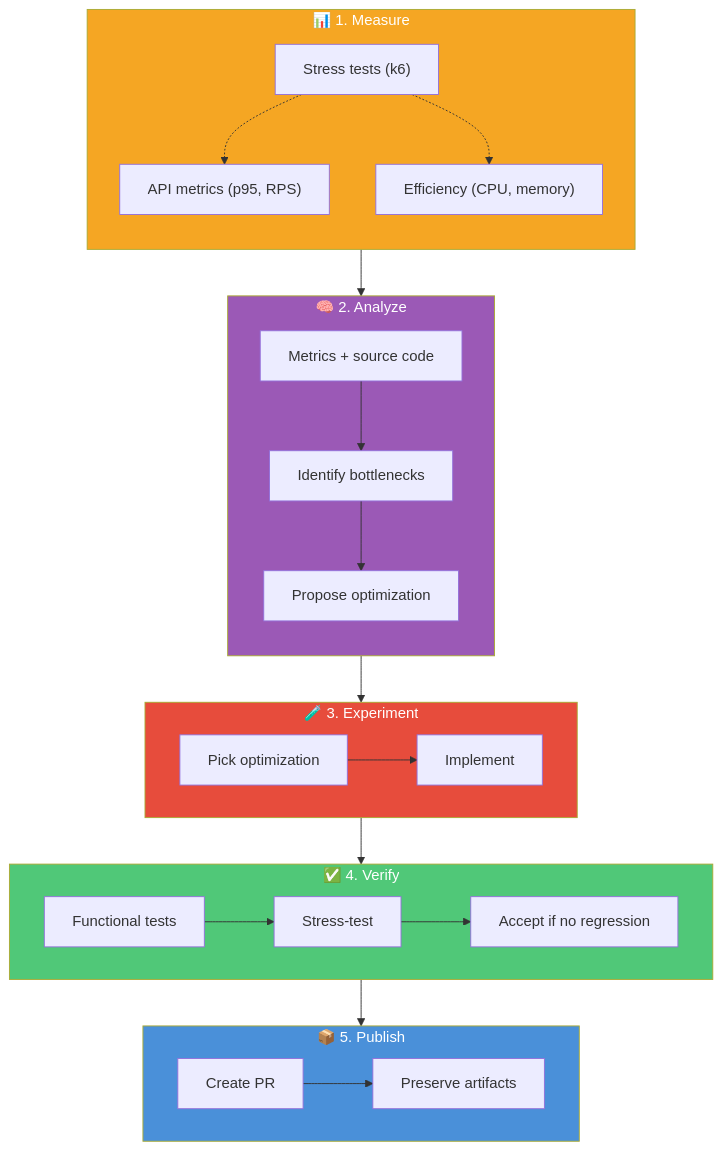
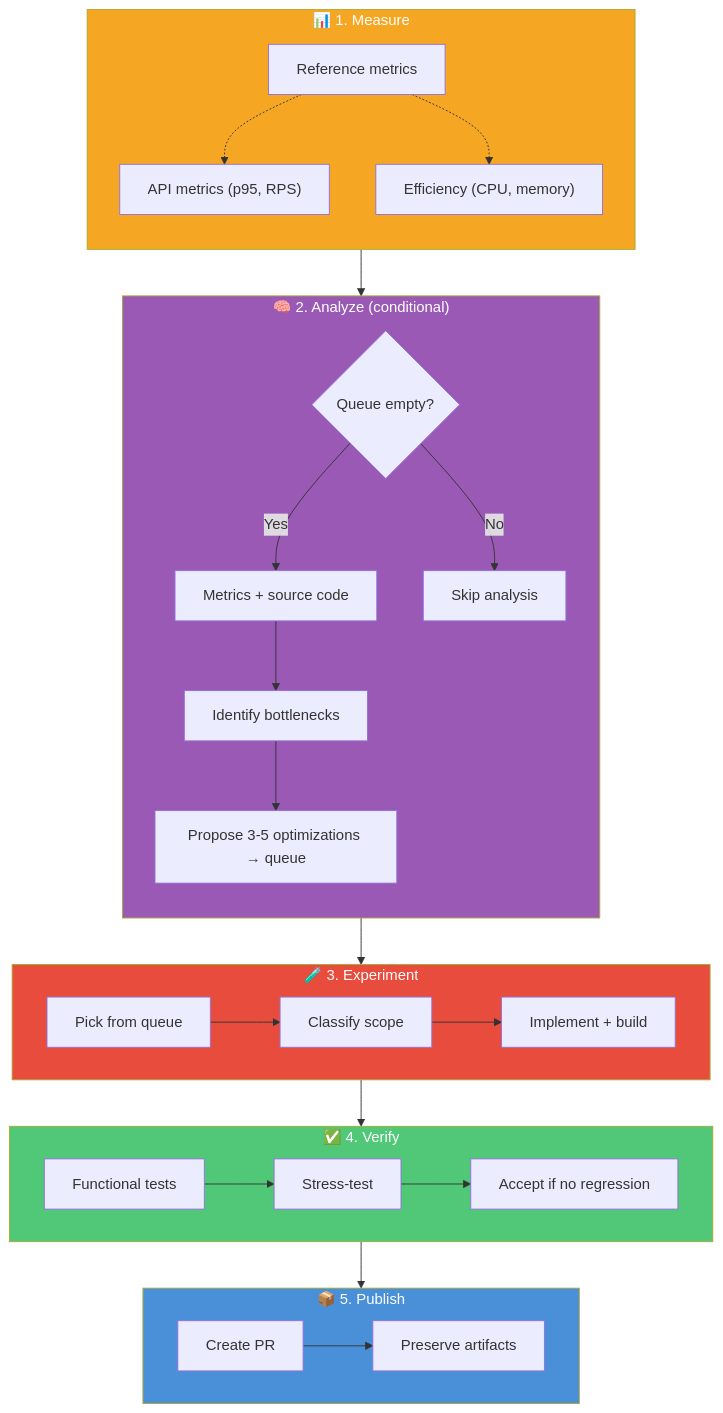
The first of 2 diagrams in docs/architecture.md (J-Bax/Hone), drawn with Mermaid before and after one commit. The commit also changed other lines of this file and 7 other files, not shown here.

First line of the commit message:
feat: queue-driven experiment loop  analysis only when queue is empty

````diff
--- a/docs/architecture.md
+++ b/docs/architecture.md
@@ -25,39 +25,41 @@
 ```mermaid
 flowchart TD
     subgraph MEASURE["📊 1. Measure"]
         direction TB
-        M1["Stress tests (k6)"]
+        M1["Reference metrics"]
         M1 -.-> M2["API metrics (p95, RPS)"]
         M1 -.-> M3["Efficiency (CPU, memory)"]
     end
 
-    subgraph ANALYZE["🧠 2. Analyze"]
+    subgraph ANALYZE["🧠 2. Analyze (conditional)"]
         direction TB
-        A1["Metrics + source code"]
+        A0{"Queue empty?"}
+        A0 -->|Yes| A1["Metrics + source code"]
         A1 --> A2["Identify bottlenecks"]
-        A2 --> A3["Propose optimization"]
+        A2 --> A3["Propose 3-5 optimizations → queue"]
+        A0 -->|No| A4["Skip analysis"]
     end
 
     subgraph EXPERIMENT["🧪 3. Experiment"]
         direction LR
-        E1["Pick optimization"] --> E2["Implement"]
+        E1["Pick from queue"] --> E2["Classify scope"] --> E3["Implement + build"]
     end
 
     subgraph VERIFY["✅ 4. Verify"]
         direction LR
         V1["Functional tests"] --> V2["Stress-test"] --> V3["Accept if no regression"]
     end
 
     subgraph PUBLISH["📦 5. Publish"]
         direction LR
         P1["Create PR"] --> P2["Preserve artifacts"]
     end
 
     MEASURE --> ANALYZE --> EXPERIMENT --> VERIFY --> PUBLISH
 
     style MEASURE fill:#f5a623,color:#fff
     style ANALYZE fill:#9b59b6,color:#fff
     style EXPERIMENT fill:#e74c3c,color:#fff
     style VERIFY fill:#50c878,color:#fff
     style PUBLISH fill:#4a90d9,color:#fff
 ```
````
